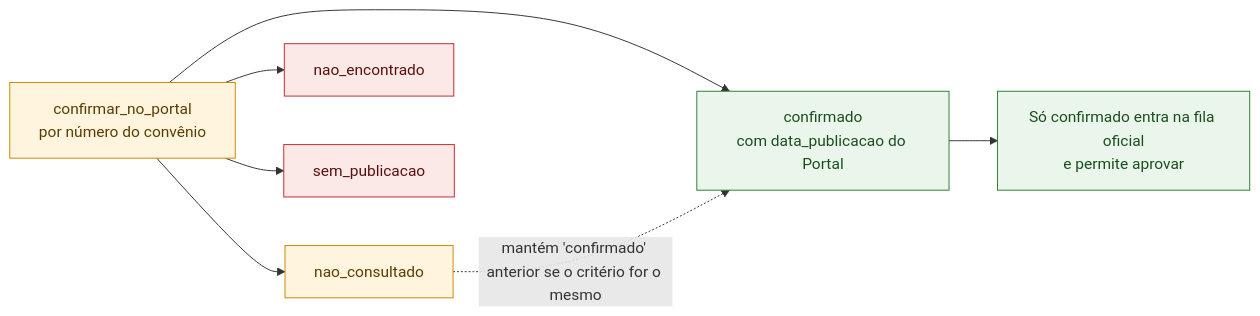
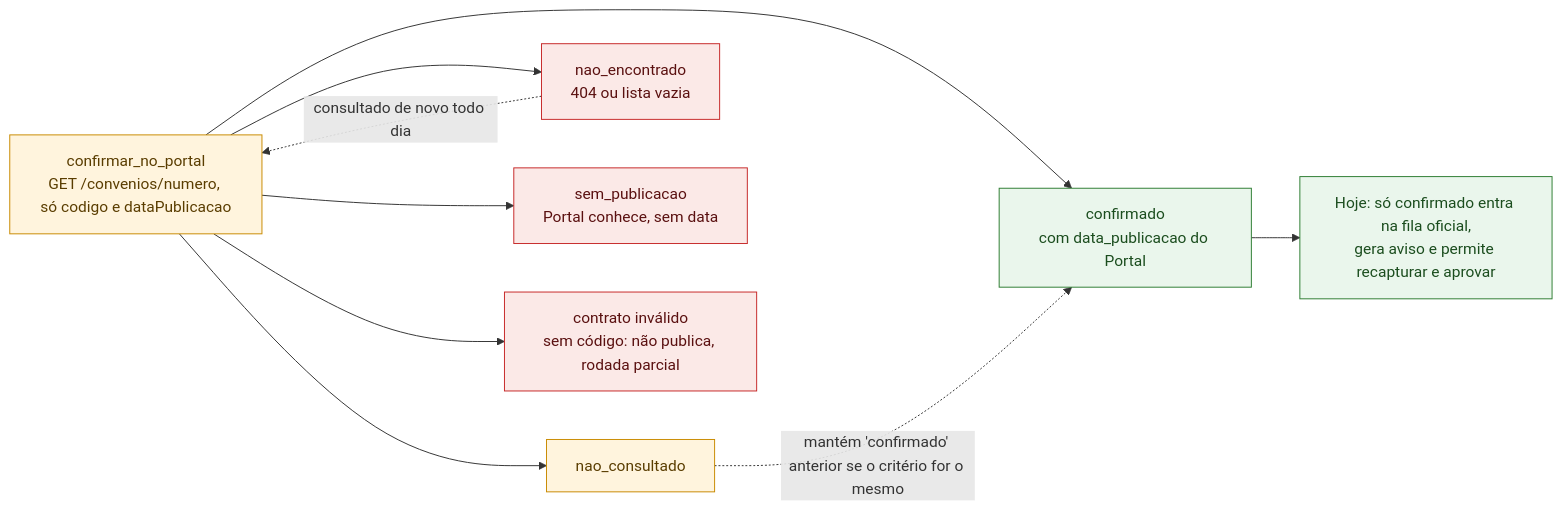
Before and after one commit to devs-ministerio/par_equipamentos: the fifth of 20 diagrams in docs/mermaid/radar-instrumentos.md, drawn with Mermaid. The commit also changed other lines of this file and 1 other file, not shown here.

Commit message:
docs(mermaid): Radar rev 2 com blocos 1 a 3, fontes externas, sequências de API e decisão sobre o Portal

````diff
--- a/docs/mermaid/radar-instrumentos.md
+++ b/docs/mermaid/radar-instrumentos.md
@@ -119,13 +121,15 @@
 ```mermaid
 flowchart LR
     classDef regra fill:#FFF4DD,stroke:#C98A00,color:#5a3d00
     classDef ok fill:#EAF6EC,stroke:#2E7D32,color:#1b4d1e
     classDef nao fill:#FBE9E7,stroke:#C62828,color:#5a1010
 
-    C["confirmar_no_portal<br/>por número do convênio"]:::regra --> S1["nao_consultado"]:::regra
-    C --> S2["nao_encontrado"]:::nao
-    C --> S3["sem_publicacao"]:::nao
+    C["confirmar_no_portal<br/>GET /convenios/numero, só codigo e dataPublicacao"]:::regra --> S1["nao_consultado"]:::regra
+    C --> S2["nao_encontrado<br/>404 ou lista vazia"]:::nao
+    C --> S3["sem_publicacao<br/>Portal conhece, sem data"]:::nao
     C --> S4["confirmado<br/>com data_publicacao do Portal"]:::ok
-    S4 --> USO["Só confirmado entra na fila oficial<br/>e permite aprovar"]:::ok
+    C --> S5["contrato inválido<br/>sem código: não publica, rodada parcial"]:::nao
+    S4 --> USO["Hoje: só confirmado entra na fila oficial,<br/>gera aviso e permite recapturar e aprovar"]:::ok
     S1 -. "mantém 'confirmado' anterior se o critério for o mesmo" .-> S4
+    S2 -. "consultado de novo todo dia" .-> C
 ```
````
